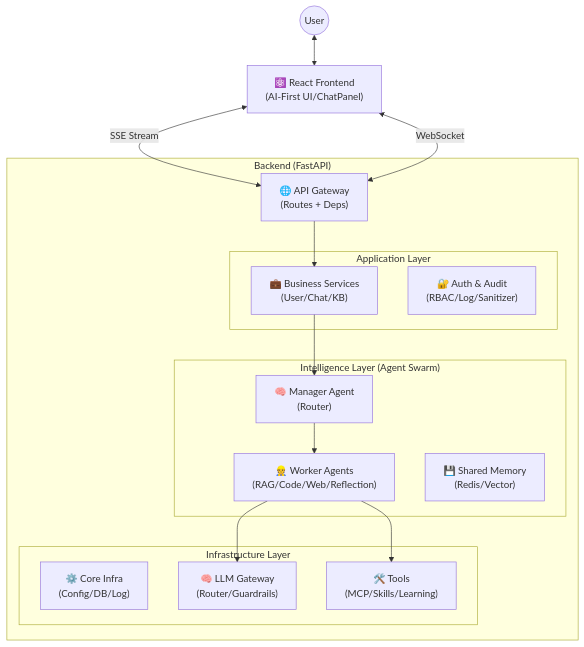
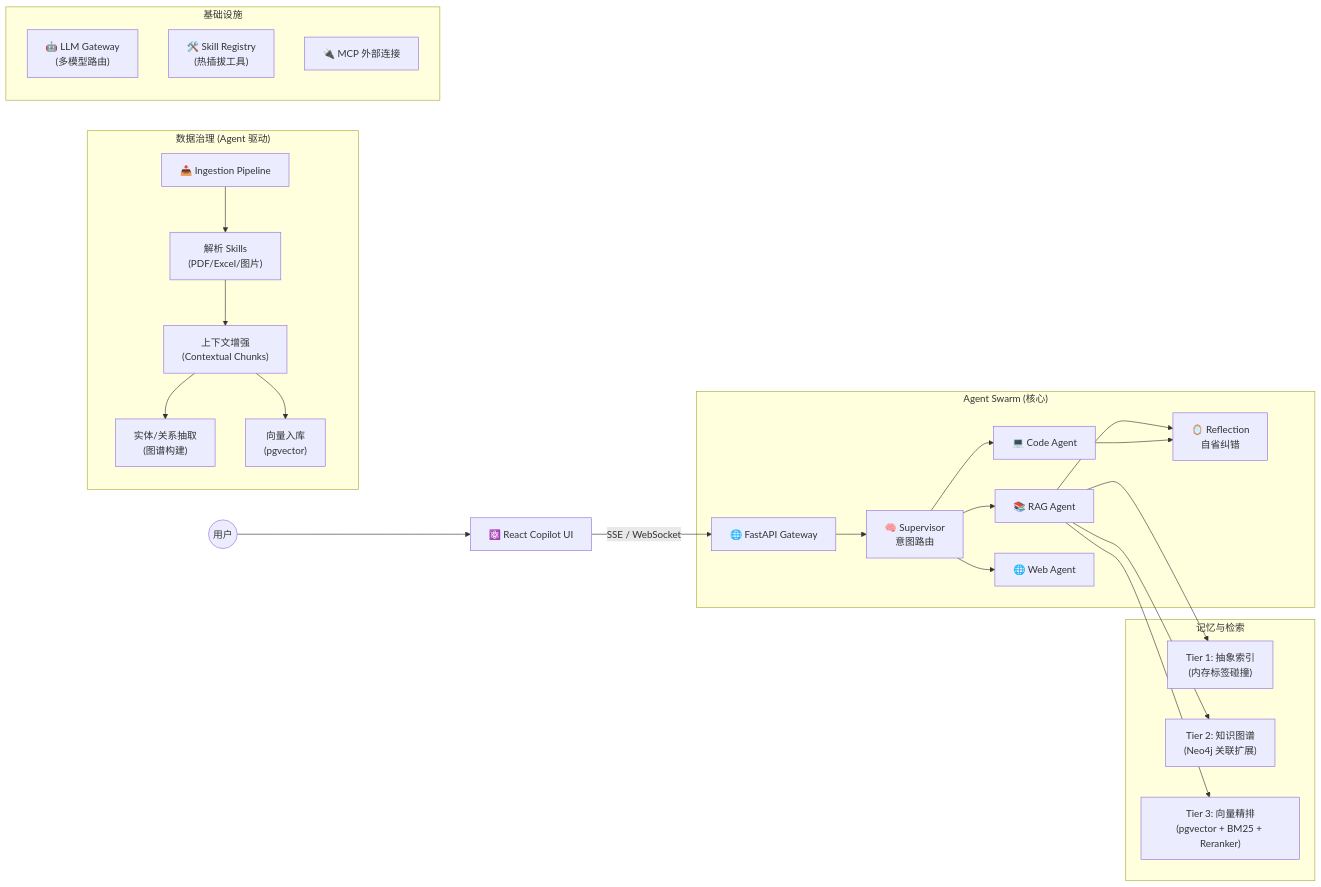
Before and after one commit to zxl85813-web/HiveMind_RAG: the diagram in README.md, drawn with Mermaid. The commit also changed other lines of this file and 14 other files, not shown here.

Commit message:
docs(readme): rewrite to agentic rag core and track REQ-011 documentation

````diff
--- a/README.md
+++ b/README.md
@@ -13,33 +34,33 @@
 ```mermaid
-graph TD
-    User((User)) <--> Frontend["⚛️ React Frontend<br>(AI-First UI/ChatPanel)"]
-    
-    subgraph "Backend (FastAPI)"
-        API["🌐 API Gateway<br>(Routes + Deps)"]
-        
-        subgraph "Application Layer"
-            Service["💼 Business Services<br>(User/Chat/KB)"]
-            Auth["🔐 Auth & Audit<br>(RBAC/Log/Sanitizer)"]
-        end
-        
-        subgraph "Intelligence Layer (Agent Swarm)"
-            Supervisor["🧠 Manager Agent<br>(Router)"]
-            Workers["👷 Worker Agents<br>(RAG/Code/Web/Reflection)"]
-            Memory["💾 Shared Memory<br>(Redis/Vector)"]
-        end
-        
-        subgraph "Infrastructure Layer"
-            Core["⚙️ Core Infra<br>(Config/DB/Log)"]
-            LLM["🧠 LLM Gateway<br>(Router/Guardrails)"]
-            Tools["🛠️ Tools<br>(MCP/Skills/Learning)"]
-        end
+graph LR
+    User((用户)) --> Frontend["⚛️ React Copilot UI"]
+    Frontend -->|SSE / WebSocket| API["🌐 FastAPI Gateway"]
+
+    subgraph "Agent Swarm (核心)"
+        API --> Supervisor["🧠 Supervisor<br/>意图路由"]
+        Supervisor --> RAG["📚 RAG Agent"]
+        Supervisor --> Code["💻 Code Agent"]
+        Supervisor --> Web["🌐 Web Agent"]
+        RAG --> Reflection["🪞 Reflection<br/>自省纠错"]
+        Code --> Reflection
     end
 
-    Frontend <-->|"SSE Stream"| API
-    Frontend <-->|"WebSocket"| API
-    API --> Service
-    Service --> Supervisor
-    Supervisor --> Workers
-    Workers --> Tools
-    Workers --> LLM
+    subgraph "记忆与检索"
+        RAG --> T1["Tier 1: 抽象索引<br/>(内存标签碰撞)"]
+        RAG --> T2["Tier 2: 知识图谱<br/>(Neo4j 关联扩展)"]
+        RAG --> T3["Tier 3: 向量精排<br/>(pgvector + BM25 + Reranker)"]
+    end
+
+    subgraph "数据治理 (Agent 驱动)"
+        Ingestion["📥 Ingestion Pipeline"] --> Parser["解析 Skills<br/>(PDF/Excel/图片)"]
+        Parser --> Enrichment["上下文增强<br/>(Contextual Chunks)"]
+        Enrichment --> GraphExtract["实体/关系抽取<br/>(图谱构建)"]
+        Enrichment --> VectorStore["向量入库<br/>(pgvector)"]
+    end
+
+    subgraph "基础设施"
+        LLM["🤖 LLM Gateway<br/>(多模型路由)"]
+        Skills["🛠️ Skill Registry<br/>(热插拔工具)"]
+        MCP["🔌 MCP 外部连接"]
+    end
 ```
````
